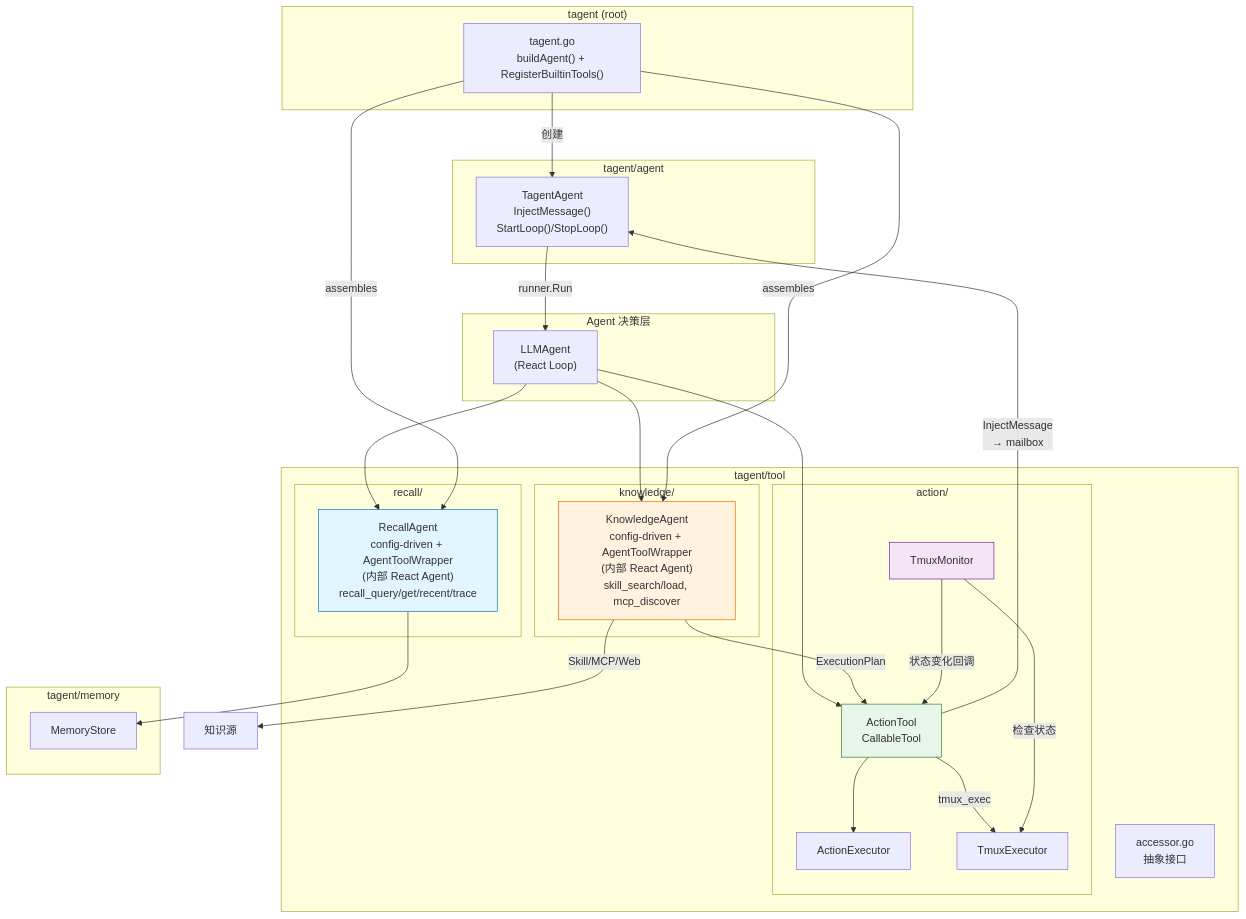
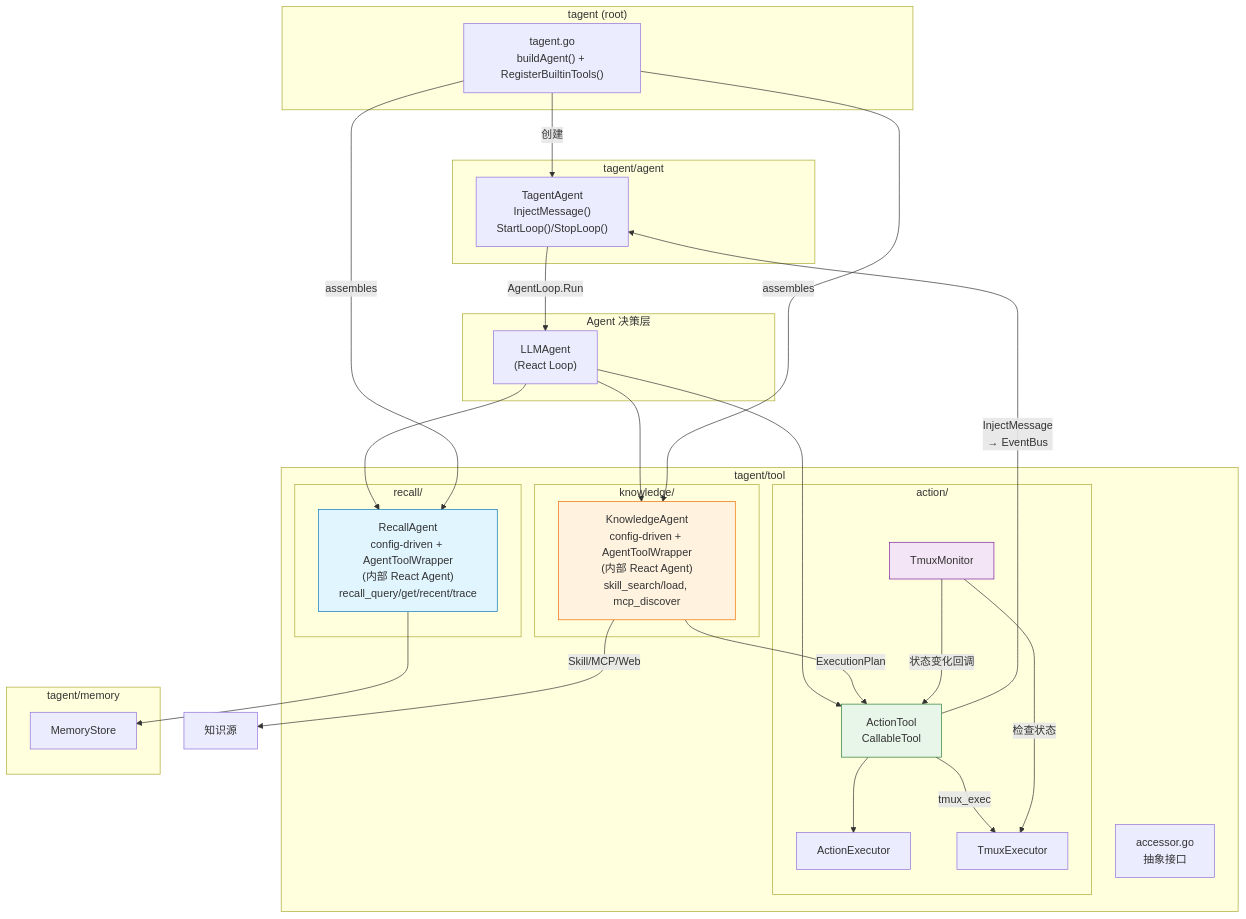
Before and after one commit to SpellingDragon/tagent: the first of 6 diagrams in docs/wiki/tool/tool-architecture.md, drawn with Mermaid. The commit also changed other lines of this file and 8 other files, not shown here.

First line of the commit message:
docs: align wiki and README with event-driven architecture

````diff
--- a/docs/wiki/tool/tool-architecture.md
+++ b/docs/wiki/tool/tool-architecture.md
@@ -111,56 +111,56 @@
 ```mermaid
 graph TB
     subgraph "tagent (root)"
         KA["tagent.go\nbuildAgent() + RegisterBuiltinTools()"]
     end
 
     subgraph "tagent/agent"
         TA["TagentAgent\nInjectMessage()\nStartLoop()/StopLoop()"]
     end
 
     subgraph "tagent/tool"
         subgraph "recall/"
             RA["RecallAgent\nconfig-driven + AgentToolWrapper\n(内部 React Agent)\nrecall_query/get/recent/trace"]
         end
         subgraph "knowledge/"
             KT["KnowledgeAgent\nconfig-driven + AgentToolWrapper\n(内部 React Agent)\nskill_search/load, mcp_discover"]
         end
         subgraph "action/"
             CT["ActionTool\nCallableTool"]
             CE["ActionExecutor"]
             TE["TmuxExecutor"]
             TM["TmuxMonitor"]
         end
         AC["accessor.go\n抽象接口"]
     end
 
     subgraph "tagent/memory"
         MS["MemoryStore"]
     end
 
     subgraph "Agent 决策层"
         LLMA["LLMAgent\n(React Loop)"]
     end
 
     LLMA --> RA
     LLMA --> KT
     LLMA --> CT
 
     RA --> MS
     KT -->|Skill/MCP/Web| SRC["知识源"]
     KT -->|ExecutionPlan| CT
     CT --> CE
     CT -->|tmux_exec| TE
     TM -->|检查状态| TE
     TM -->|状态变化回调| CT
-    CT -->|InjectMessage<br/>→ mailbox| TA
-    TA -->|runner.Run| LLMA
+    CT -->|InjectMessage<br/>→ EventBus| TA
+    TA -->|AgentLoop.Run| LLMA
     KA -->|创建| TA
     KA -->|assembles| RA
     KA -->|assembles| KT
 
     style RA fill:#e1f5ff,stroke:#0277bd
     style KT fill:#fff3e0,stroke:#ef6c00
     style CT fill:#e8f5e9,stroke:#2e7d32
     style TM fill:#f3e5f5,stroke:#7b1fa2
 ```
````
